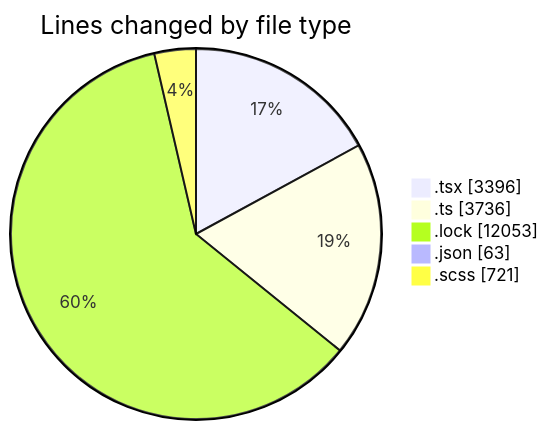
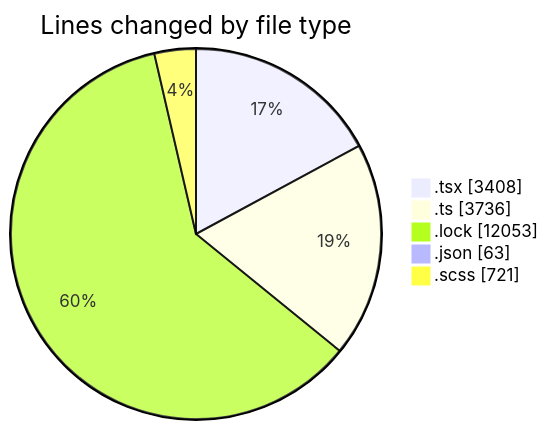
One commit to momahboobian/code-tracking changed the first of 2 diagrams in 2025-12-03/cda/README.md. Above: the diagram before and after it, drawn with Mermaid. The commit also changed other lines of this file and 1 other file, not shown here.

````diff
--- a/2025-12-03/cda/README.md
+++ b/2025-12-03/cda/README.md
@@ -32,9 +32,9 @@
 ```mermaid
 pie showData
 title Lines changed by file type
-".tsx" : 3396
+".tsx" : 3408
 ".ts" : 3736
 ".lock" : 12053
 ".json" : 63
 ".scss" : 721
 ```
````
